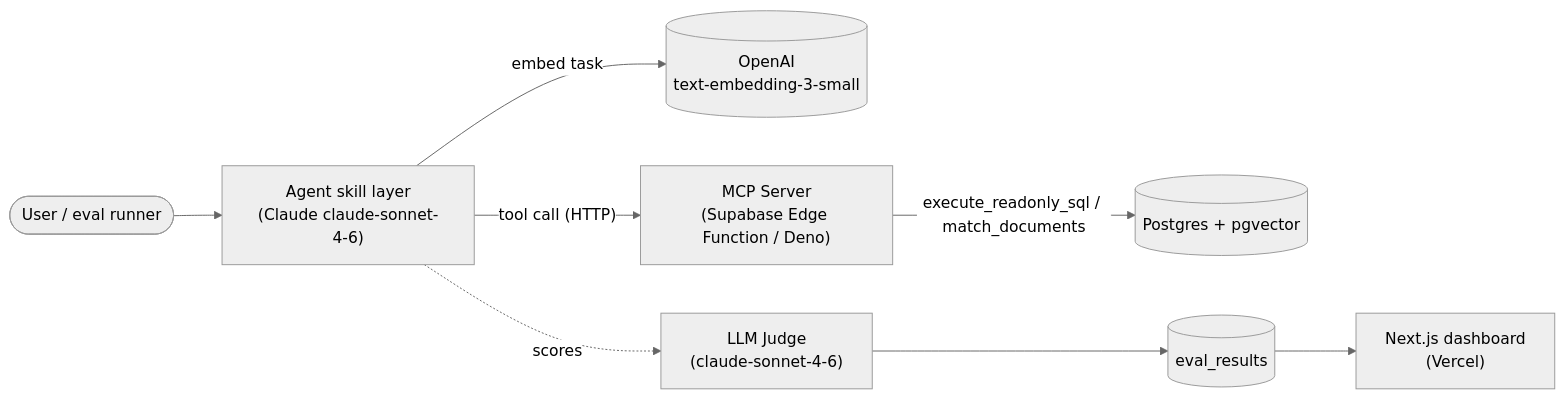
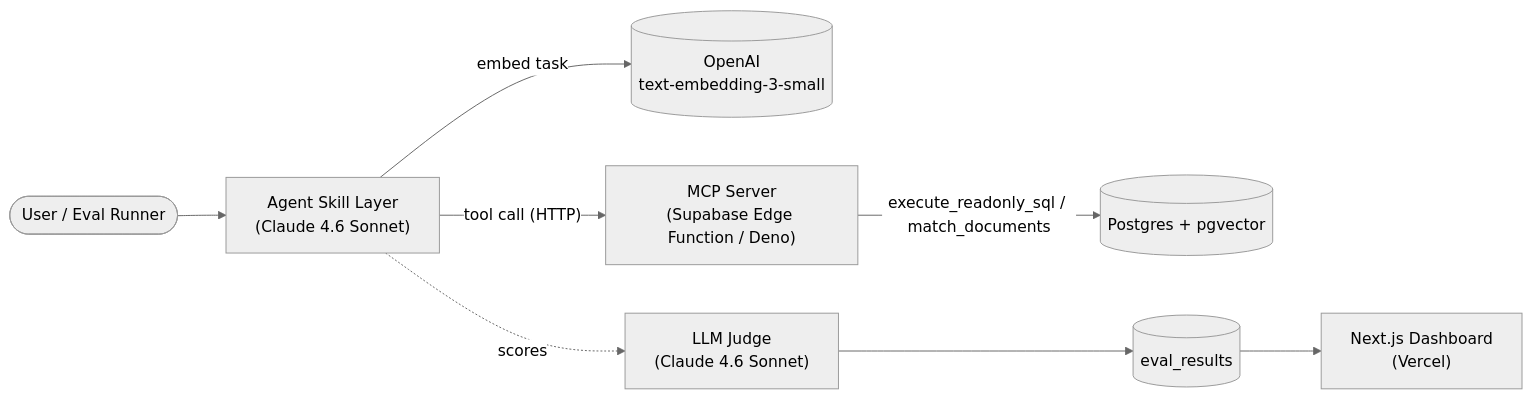
The diagram in README.md (Raygama/supabase-eval), drawn with Mermaid (neutral theme) before and after one commit. The commit also changed other lines of this file and 2 other files, not shown here.

````diff
--- a/README.md
+++ b/README.md
@@ -9,10 +15,10 @@
 ```mermaid
 flowchart LR
-    User([User / eval runner]) --> Agent["Agent skill layer<br/>(Claude claude-sonnet-4-6)"]
+    User([User / Eval Runner]) --> Agent["Agent Skill Layer<br/>(Claude 4.6 Sonnet)"]
     Agent -- "embed task" --> OpenAI[(OpenAI<br/>text-embedding-3-small)]
     Agent -- "tool call (HTTP)" --> MCP["MCP Server<br/>(Supabase Edge Function / Deno)"]
     MCP -- "execute_readonly_sql / match_documents" --> DB[(Postgres + pgvector)]
-    Agent -. "scores" .-> Judge["LLM Judge<br/>(claude-sonnet-4-6)"]
+    Agent -. "scores" .-> Judge["LLM Judge<br/>(Claude 4.6 Sonnet)"]
     Judge --> Results[(eval_results)]
-    Results --> Dashboard["Next.js dashboard<br/>(Vercel)"]
+    Results --> Dashboard["Next.js Dashboard<br/>(Vercel)"]
 ```
````
